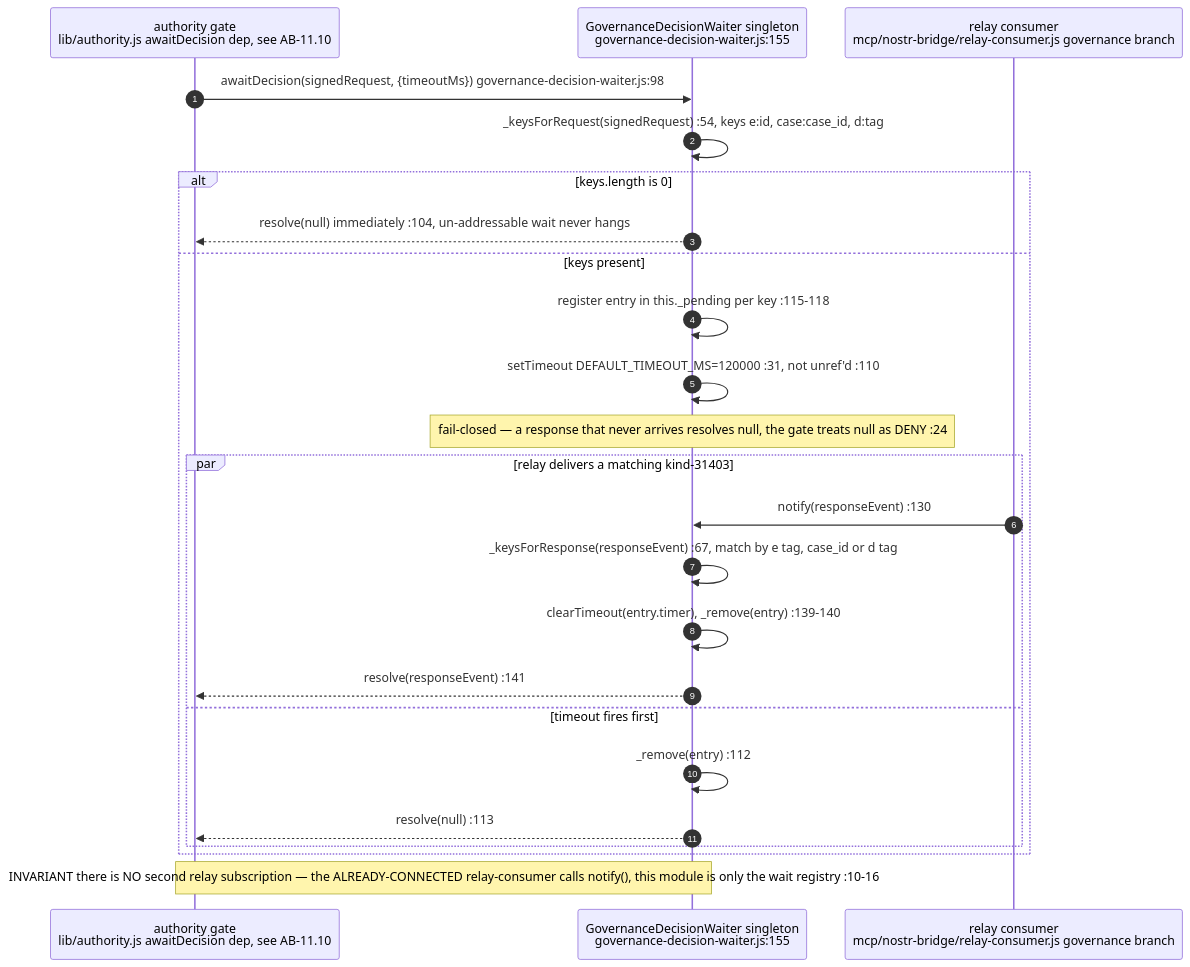
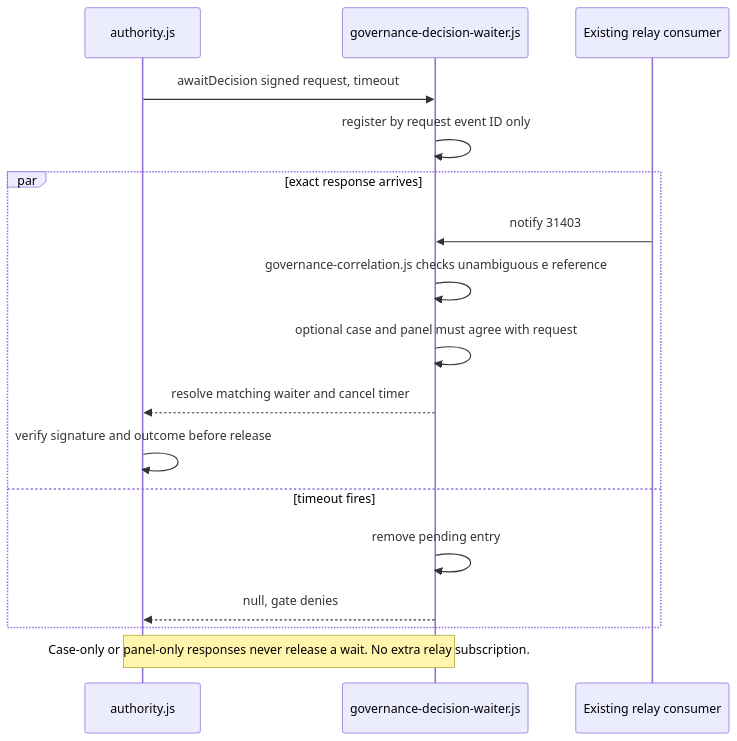
One commit to DreamLab-AI/VisionFlow changed the sixth of 14 diagrams in docs/diagrams/agentbox/14-governance-journal-actions-approvals.md. Above: the diagram before and after it, drawn with Mermaid. The commit also changed other lines of this file and 52 other files, not shown here.

First line of the commit message:
docs(diagrams): wave 3 checkpoint — bare line refs resolved, revision-pinned cite-check, VC-05/AB-01..13 re-attested

````diff
--- a/docs/diagrams/agentbox/14-governance-journal-actions-approvals.md
+++ b/docs/diagrams/agentbox/14-governance-journal-actions-approvals.md
@@ -275,27 +276,19 @@
 ```mermaid
 sequenceDiagram
-    autonumber
-    participant GATE as authority gate<br/>lib/authority.js awaitDecision dep, see AB-11.10
-    participant GDW as GovernanceDecisionWaiter singleton<br/>governance-decision-waiter.js:155
-    participant RC as relay consumer<br/>mcp/nostr-bridge/relay-consumer.js governance branch
-
-    GATE->>GDW: awaitDecision(signedRequest, {timeoutMs}) governance-decision-waiter.js:98
-    GDW->>GDW: _keysForRequest(signedRequest) :54, keys e:id, case:case_id, d:tag
-    alt keys.length is 0
-        GDW-->>GATE: resolve(null) immediately :104, un-addressable wait never hangs
-    else keys present
-        GDW->>GDW: register entry in this._pending per key :115-118
-        GDW->>GDW: setTimeout DEFAULT_TIMEOUT_MS=120000 :31, not unref'd :110
-        Note over GDW: fail-closed — a response that never arrives resolves null, the gate treats null as DENY :24
-        par relay delivers a matching kind-31403
-            RC->>GDW: notify(responseEvent) :130
-            GDW->>GDW: _keysForResponse(responseEvent) :67, match by e tag, case_id or d tag
-            GDW->>GDW: clearTimeout(entry.timer), _remove(entry) :139-140
-            GDW-->>GATE: resolve(responseEvent) :141
-        and timeout fires first
-            GDW->>GDW: _remove(entry) :112
-            GDW-->>GATE: resolve(null) :113
-        end
+    participant Gate as authority.js
+    participant Waiter as governance-decision-waiter.js
+    participant Relay as Existing relay consumer
+    Gate->>Waiter: awaitDecision signed request, timeout
+    Waiter->>Waiter: register by request event ID only
+    par exact response arrives
+        Relay->>Waiter: notify 31403
+        Waiter->>Waiter: governance-correlation.js checks unambiguous e reference
+        Waiter->>Waiter: optional case and panel must agree with request
+        Waiter-->>Gate: resolve matching waiter and cancel timer
+        Gate->>Gate: verify signature and outcome before release
+    and timeout fires
+        Waiter->>Waiter: remove pending entry
+        Waiter-->>Gate: null, gate denies
     end
-    Note over GATE,GDW: INVARIANT there is NO second relay subscription — the ALREADY-CONNECTED relay-consumer calls notify(), this module is only the wait registry :10-16
+    Note over Gate,Waiter: Case-only or panel-only responses never release a wait. No extra relay subscription.
 ```
````
